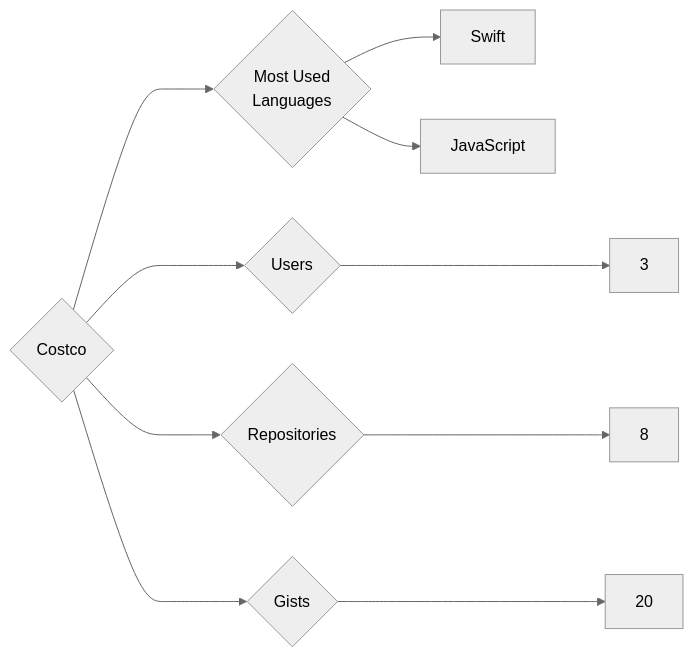
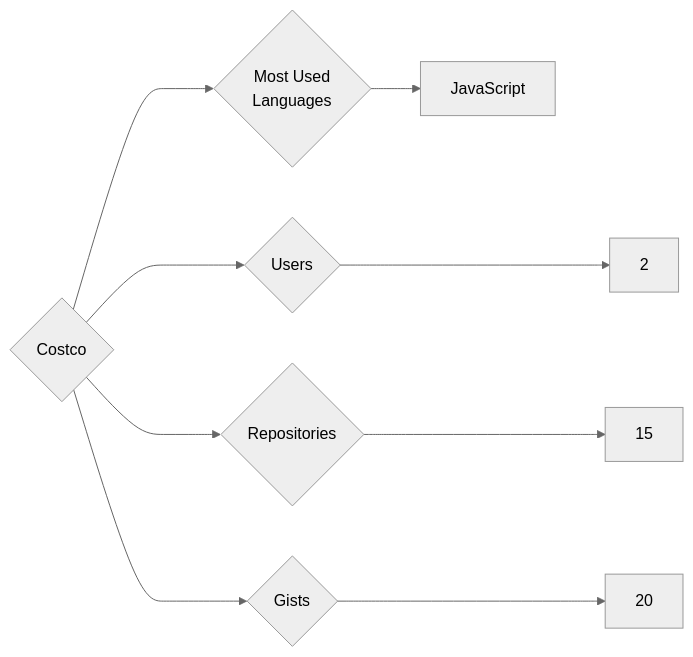
One commit to trickest/insiders changed the diagram in targets/Costco/README.md. Above: the diagram before and after it, drawn with Mermaid (neutral theme). The commit also changed 559 other files, not shown here.

````diff
--- a/targets/Costco/README.md
+++ b/targets/Costco/README.md
@@ -3,10 +3,9 @@
 ```mermaid
 graph LR
 COMPANY_NAME{Costco}
-COMPANY_NAME ---> U{Users} ---> UN[3]
-COMPANY_NAME ---> R{Repositories} ---> RN[8]
+COMPANY_NAME ---> U{Users} ---> UN[2]
+COMPANY_NAME ---> R{Repositories} ---> RN[15]
 COMPANY_NAME ---> G{Gists} ---> GN[20]
 COMPANY_NAME ---> ML{Most Used<br>Languages}
-ML --> Swift[Swift]
 ML --> JavaScript[JavaScript]
 ```
````
